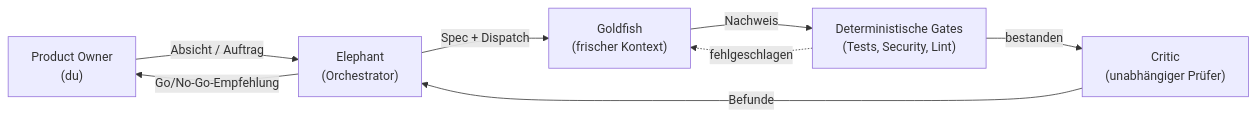
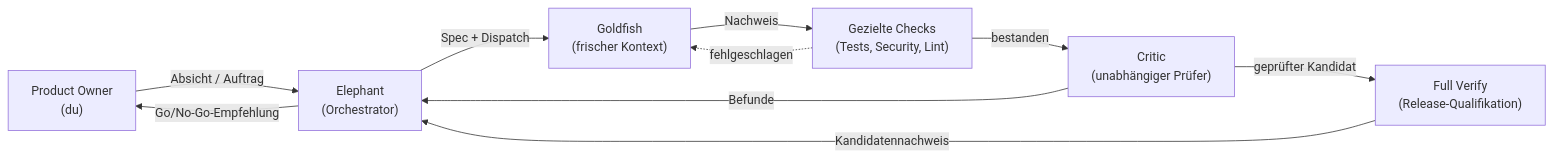
The second of 2 diagrams in README.md (agent-pipe-shared/agent-pipeline), drawn with Mermaid before and after one commit. The commit also changed other lines of this file and 175 other files, not shown here.

````diff
--- a/README.md
+++ b/README.md
@@ -347,10 +354,12 @@
 ```mermaid
 flowchart LR
     PO["Product Owner<br/>(du)"] -->|"Absicht / Auftrag"| Elephant["Elephant<br/>(Orchestrator)"]
     Elephant -->|"Spec + Dispatch"| Goldfish["Goldfish<br/>(frischer Kontext)"]
-    Goldfish -->|"Nachweis"| Gates["Deterministische Gates<br/>(Tests, Security, Lint)"]
+    Goldfish -->|"Nachweis"| Gates["Gezielte Checks<br/>(Tests, Security, Lint)"]
     Gates -.->|"fehlgeschlagen"| Goldfish
     Gates -->|"bestanden"| Critic["Critic<br/>(unabhängiger Prüfer)"]
     Critic -->|"Befunde"| Elephant
+    Critic -->|"geprüfter Kandidat"| FullVerify["Full Verify<br/>(Release-Qualifikation)"]
+    FullVerify -->|"Kandidatennachweis"| Elephant
     Elephant -->|"Go/No-Go-Empfehlung"| PO
 ```
````
